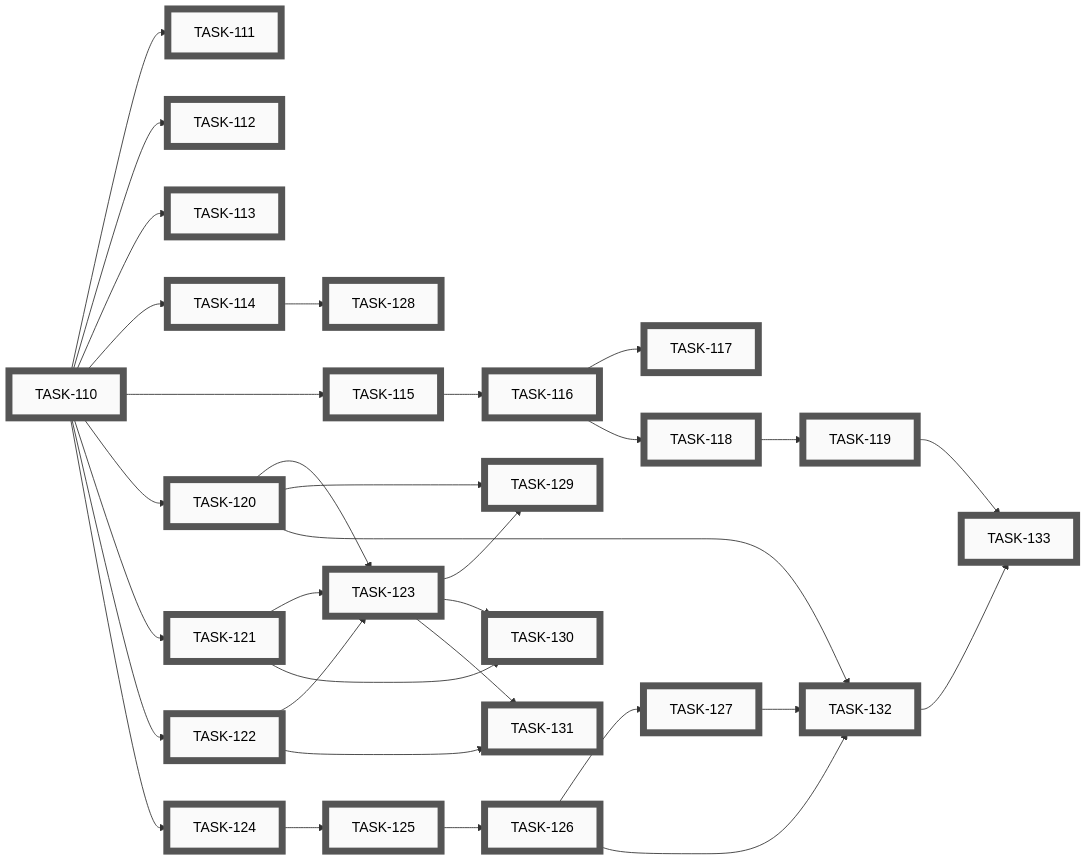
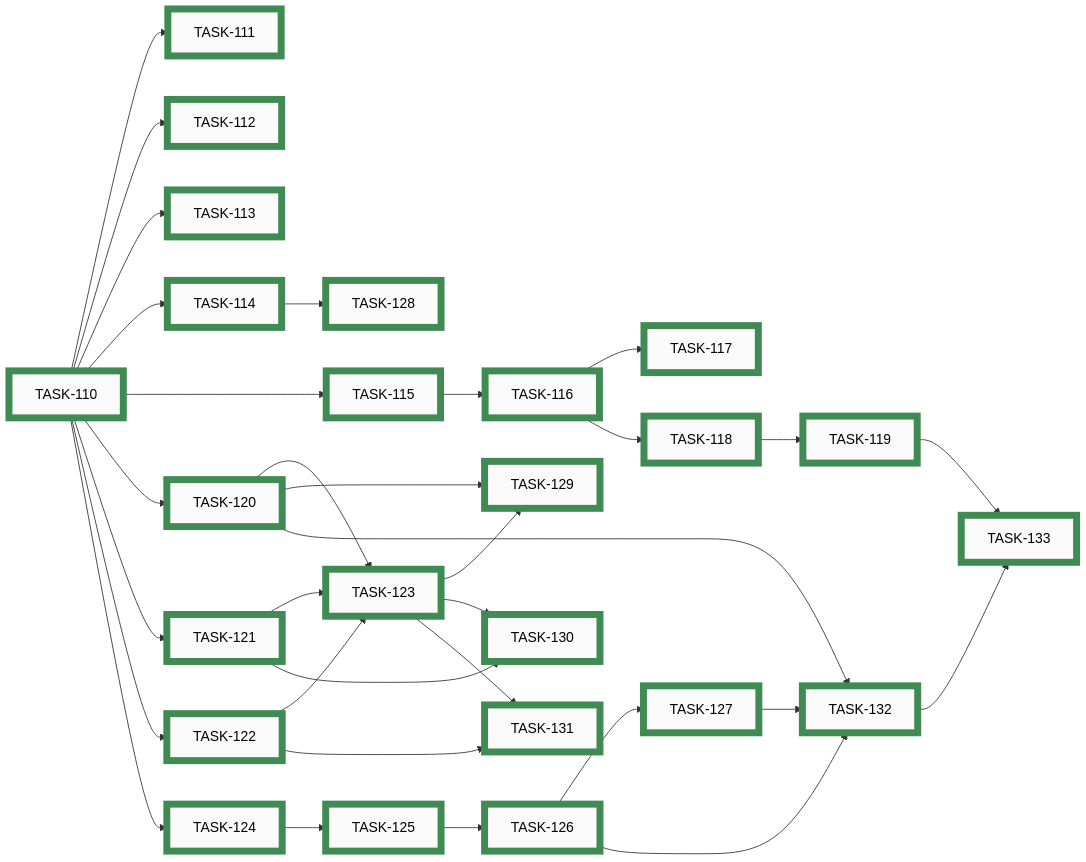
One commit to tgd1975/CircuitSmith changed diagram 14 of 15 in docs/developers/tasks/EPICS.md. Above: the diagram before and after it, drawn with Mermaid. The commit also changed other lines of this file and 126 other files, not shown here.

````diff
--- a/docs/developers/tasks/EPICS.md
+++ b/docs/developers/tasks/EPICS.md
@@ -843,29 +843,29 @@
 ```mermaid
 graph LR
-    TASK_110["TASK-110"]:::open
-    TASK_111["TASK-111"]:::open
-    TASK_112["TASK-112"]:::open
-    TASK_113["TASK-113"]:::open
-    TASK_114["TASK-114"]:::open
-    TASK_115["TASK-115"]:::open
-    TASK_116["TASK-116"]:::open
-    TASK_117["TASK-117"]:::open
-    TASK_118["TASK-118"]:::open
-    TASK_119["TASK-119"]:::open
-    TASK_120["TASK-120"]:::open
-    TASK_121["TASK-121"]:::open
-    TASK_122["TASK-122"]:::open
-    TASK_123["TASK-123"]:::open
-    TASK_124["TASK-124"]:::open
-    TASK_125["TASK-125"]:::open
-    TASK_126["TASK-126"]:::open
-    TASK_127["TASK-127"]:::open
-    TASK_128["TASK-128"]:::open
-    TASK_129["TASK-129"]:::open
-    TASK_130["TASK-130"]:::open
-    TASK_131["TASK-131"]:::open
-    TASK_132["TASK-132"]:::open
-    TASK_133["TASK-133"]:::open
+    TASK_110["TASK-110"]:::closed
+    TASK_111["TASK-111"]:::closed
+    TASK_112["TASK-112"]:::closed
+    TASK_113["TASK-113"]:::closed
+    TASK_114["TASK-114"]:::closed
+    TASK_115["TASK-115"]:::closed
+    TASK_116["TASK-116"]:::closed
+    TASK_117["TASK-117"]:::closed
+    TASK_118["TASK-118"]:::closed
+    TASK_119["TASK-119"]:::closed
+    TASK_120["TASK-120"]:::closed
+    TASK_121["TASK-121"]:::closed
+    TASK_122["TASK-122"]:::closed
+    TASK_123["TASK-123"]:::closed
+    TASK_124["TASK-124"]:::closed
+    TASK_125["TASK-125"]:::closed
+    TASK_126["TASK-126"]:::closed
+    TASK_127["TASK-127"]:::closed
+    TASK_128["TASK-128"]:::closed
+    TASK_129["TASK-129"]:::closed
+    TASK_130["TASK-130"]:::closed
+    TASK_131["TASK-131"]:::closed
+    TASK_132["TASK-132"]:::closed
+    TASK_133["TASK-133"]:::closed
     TASK_110 --> TASK_111
     TASK_110 --> TASK_112
     TASK_110 --> TASK_113
@@ -897,30 +897,30 @@
     TASK_120 --> TASK_132
     TASK_132 --> TASK_133
     TASK_119 --> TASK_133
-    click TASK_110 "open/task-110-freeze-open-question-defaults.md"
-    click TASK_111 "open/task-111-kernel-rule-rc-low-pass.md"
-    click TASK_112 "open/task-112-kernel-rule-rc-high-pass.md"
-    click TASK_113 "open/task-113-kernel-rule-cc-decoupling-pair.md"
-    click TASK_114 "open/task-114-kernel-rule-rr-voltage-divider.md"
-    click TASK_115 "open/task-115-schema-sub-blocks-instances-ports.md"
-    click TASK_116 "open/task-116-netgraph-flattener-for-sub-block-instances.md"
-    click TASK_117 "open/task-117-sub-block-erc-rules.md"
-    click TASK_118 "open/task-118-renderer-inline-box-mode.md"
-    click TASK_119 "open/task-119-tutorial-step-3-rewrite-and-sub-block-docs.md"
-    click TASK_120 "open/task-120-component-profile-bjt-npn-and-pnp.md"
-    click TASK_121 "open/task-121-component-profile-ic-555.md"
-    click TASK_122 "open/task-122-component-profile-ic-opamp-dual-supply.md"
-    click TASK_123 "open/task-123-active-device-erc-rules.md"
-    click TASK_124 "open/task-124-schema-and-layout-engine-pages-partition.md"
-    click TASK_125 "open/task-125-renderer-multi-page-driver.md"
-    click TASK_126 "open/task-126-renderer-cross-page-net-labels.md"
-    click TASK_127 "open/task-127-cross-page-erc-rules.md"
-    click TASK_128 "open/task-128-gallery-reattempt-voltage-divider.md"
-    click TASK_129 "open/task-129-gallery-reattempt-common-emitter-amplifier.md"
-    click TASK_130 "open/task-130-gallery-reattempt-555-monostable.md"
-    click TASK_131 "open/task-131-gallery-reattempt-opamp-non-inverting-buffer.md"
-    click TASK_132 "open/task-132-gallery-reattempt-multi-page-split.md"
-    click TASK_133 "open/task-133-component-skill-docs-final-pass.md"
+    click TASK_110 "closed/task-110-freeze-open-question-defaults.md"
+    click TASK_111 "closed/task-111-kernel-rule-rc-low-pass.md"
+    click TASK_112 "closed/task-112-kernel-rule-rc-high-pass.md"
+    click TASK_113 "closed/task-113-kernel-rule-cc-decoupling-pair.md"
+    click TASK_114 "closed/task-114-kernel-rule-rr-voltage-divider.md"
+    click TASK_115 "closed/task-115-schema-sub-blocks-instances-ports.md"
+    click TASK_116 "closed/task-116-netgraph-flattener-for-sub-block-instances.md"
+    click TASK_117 "closed/task-117-sub-block-erc-rules.md"
+    click TASK_118 "closed/task-118-renderer-inline-box-mode.md"
+    click TASK_119 "closed/task-119-tutorial-step-3-rewrite-and-sub-block-docs.md"
+    click TASK_120 "closed/task-120-component-profile-bjt-npn-and-pnp.md"
+    click TASK_121 "closed/task-121-component-profile-ic-555.md"
+    click TASK_122 "closed/task-122-component-profile-ic-opamp-dual-supply.md"
+    click TASK_123 "closed/task-123-active-device-erc-rules.md"
+    click TASK_124 "closed/task-124-schema-and-layout-engine-pages-partition.md"
+    click TASK_125 "closed/task-125-renderer-multi-page-driver.md"
+    click TASK_126 "closed/task-126-renderer-cross-page-net-labels.md"
+    click TASK_127 "closed/task-127-cross-page-erc-rules.md"
+    click TASK_128 "closed/task-128-gallery-reattempt-voltage-divider.md"
+    click TASK_129 "closed/task-129-gallery-reattempt-common-emitter-amplifier.md"
+    click TASK_130 "closed/task-130-gallery-reattempt-555-monostable.md"
+    click TASK_131 "closed/task-131-gallery-reattempt-opamp-non-inverting-buffer.md"
+    click TASK_132 "closed/task-132-gallery-reattempt-multi-page-split.md"
+    click TASK_133 "closed/task-133-component-skill-docs-final-pass.md"
     classDef open    fill:#FAFAFA,stroke:#555,stroke-width:8px,color:#000
     classDef active  fill:#FAFAFA,stroke:#1A6FA8,stroke-width:8px,color:#000
     classDef closed  fill:#FAFAFA,stroke:#3F8B53,stroke-width:8px,color:#000
````
